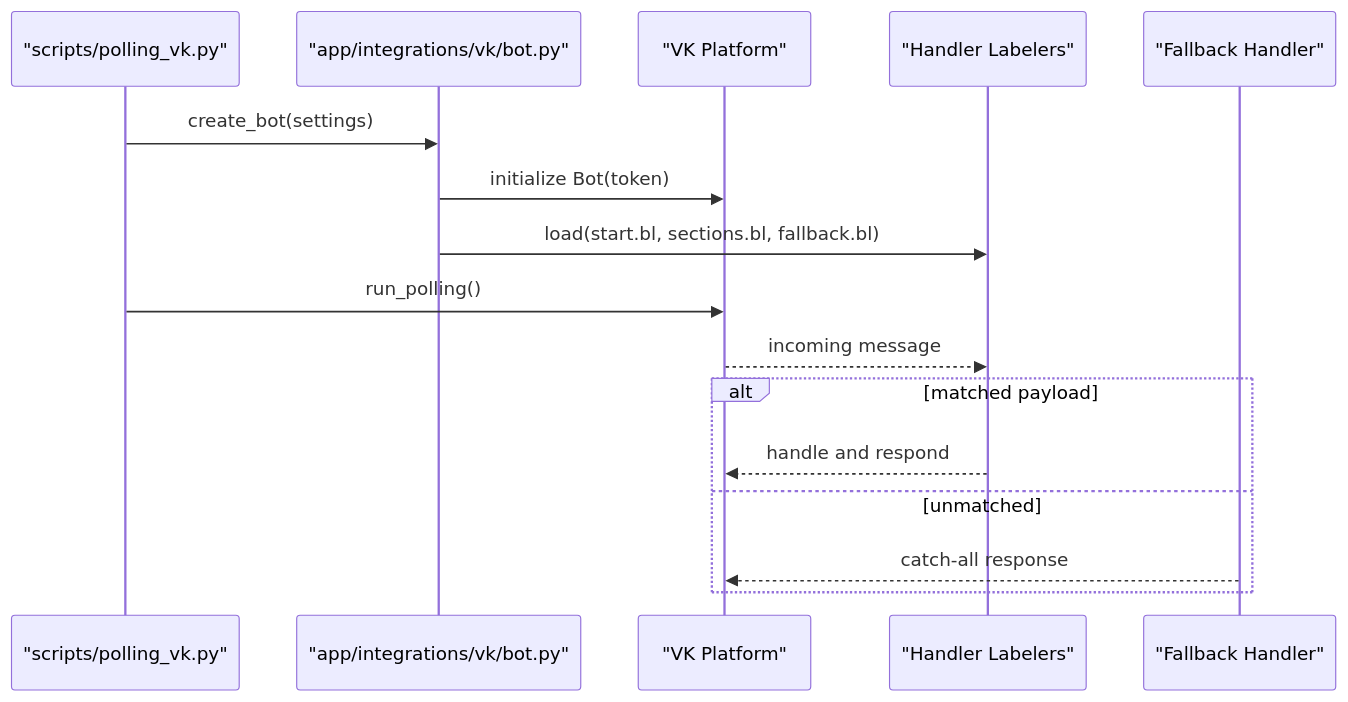
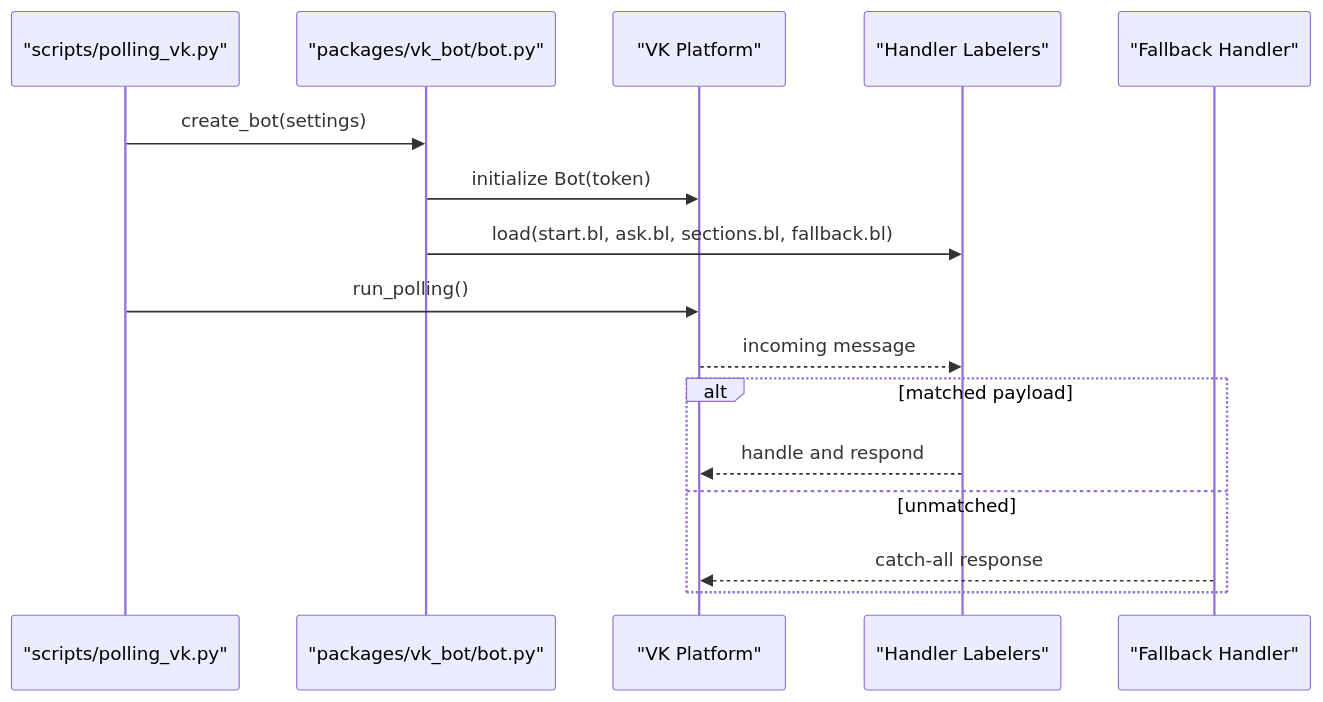
The fourth of 6 diagrams in .qoder/repowiki/en/content/Project Overview.md (ognelis/cafetera_hr_bot), drawn with Mermaid before and after one commit. The commit also changed other lines of this file and 139 other files, not shown here.

````diff
--- a/.qoder/repowiki/en/content/Project Overview.md
+++ b/.qoder/repowiki/en/content/Project Overview.md
@@ -170,18 +245,18 @@
 ```mermaid
 sequenceDiagram
 participant Dev as "scripts/polling_vk.py"
-participant Factory as "app/integrations/vk/bot.py"
+participant Factory as "packages/vk_bot/bot.py"
 participant VK as "VK Platform"
 participant LB as "Handler Labelers"
 participant FB as "Fallback Handler"
 Dev->>Factory : create_bot(settings)
 Factory->>VK : initialize Bot(token)
-Factory->>LB : load(start.bl, sections.bl, fallback.bl)
+Factory->>LB : load(start.bl, ask.bl, sections.bl, fallback.bl)
 Dev->>VK : run_polling()
 VK-->>LB : incoming message
 alt matched payload
 LB-->>VK : handle and respond
 else unmatched
 FB-->>VK : catch-all response
 end
 ```
````
